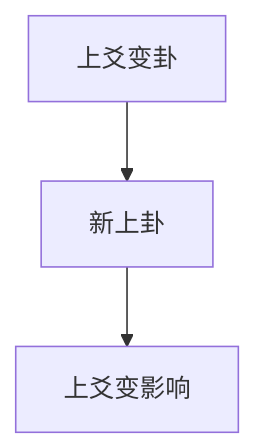
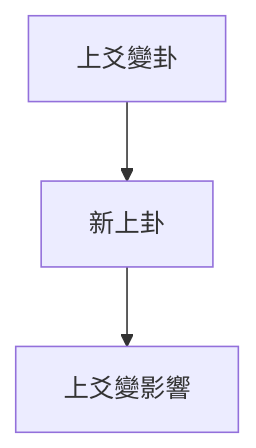
Before and after one commit to kmjade/knowledge-value: the ninth of 13 diagrams in 3 Resources/04-Interests/易学/03-占卜方法/梅花易数入门.md, drawn with Mermaid. The commit also changed other lines of this file and 49 other files, not shown here.

````diff
--- a/3 Resources/04-Interests/易学/03-占卜方法/梅花易数入门.md
+++ b/3 Resources/04-Interests/易学/03-占卜方法/梅花易数入门.md
@@ -273,6 +273,6 @@
 ```mermaid
 graph TB
-    A[上爻变卦] --> B[新上卦]
+    A[上爻變卦] --> B[新上卦]
     
-    B --> C[上爻变影响]
+    B --> C[上爻變影響]
 ```
````
